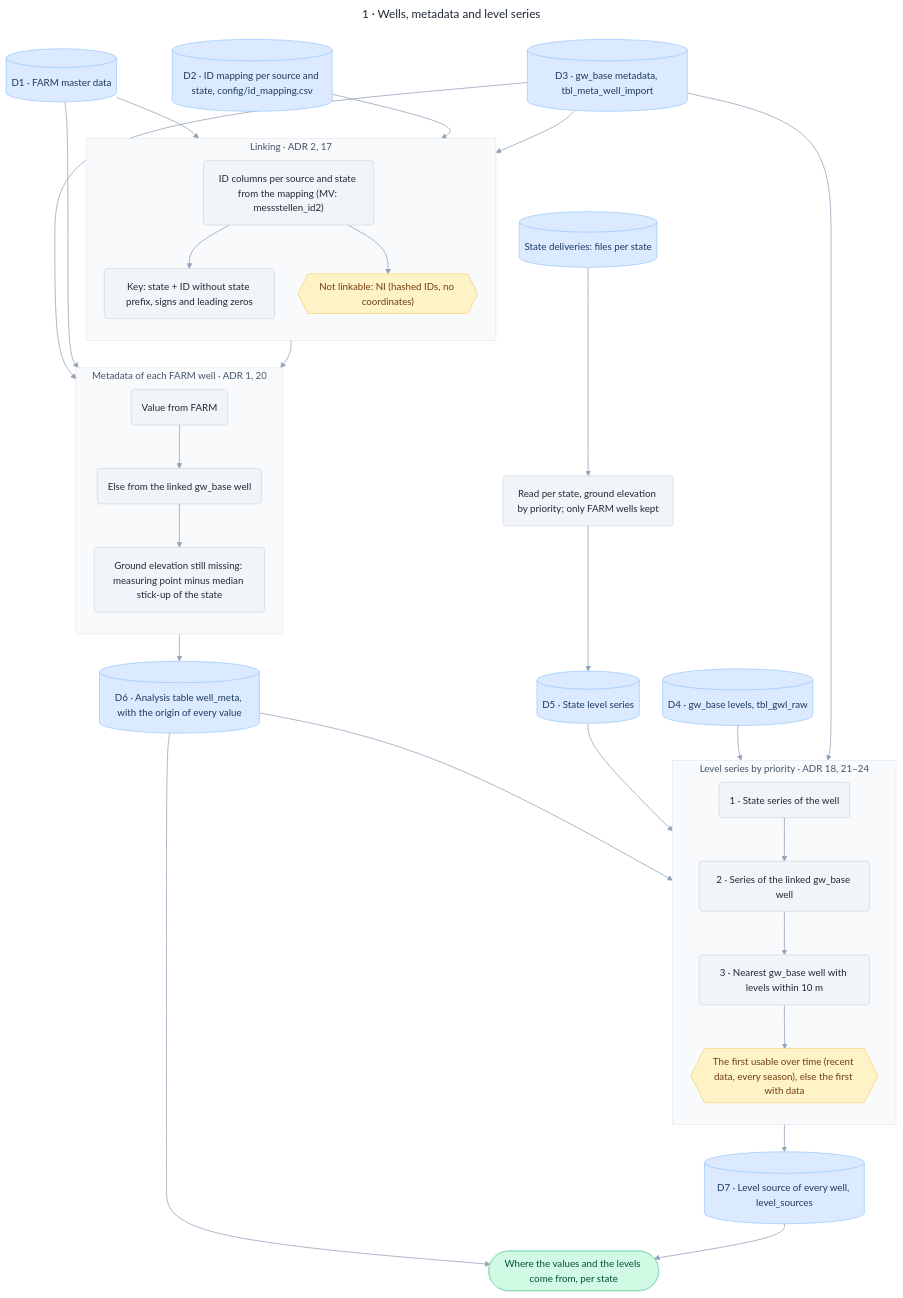
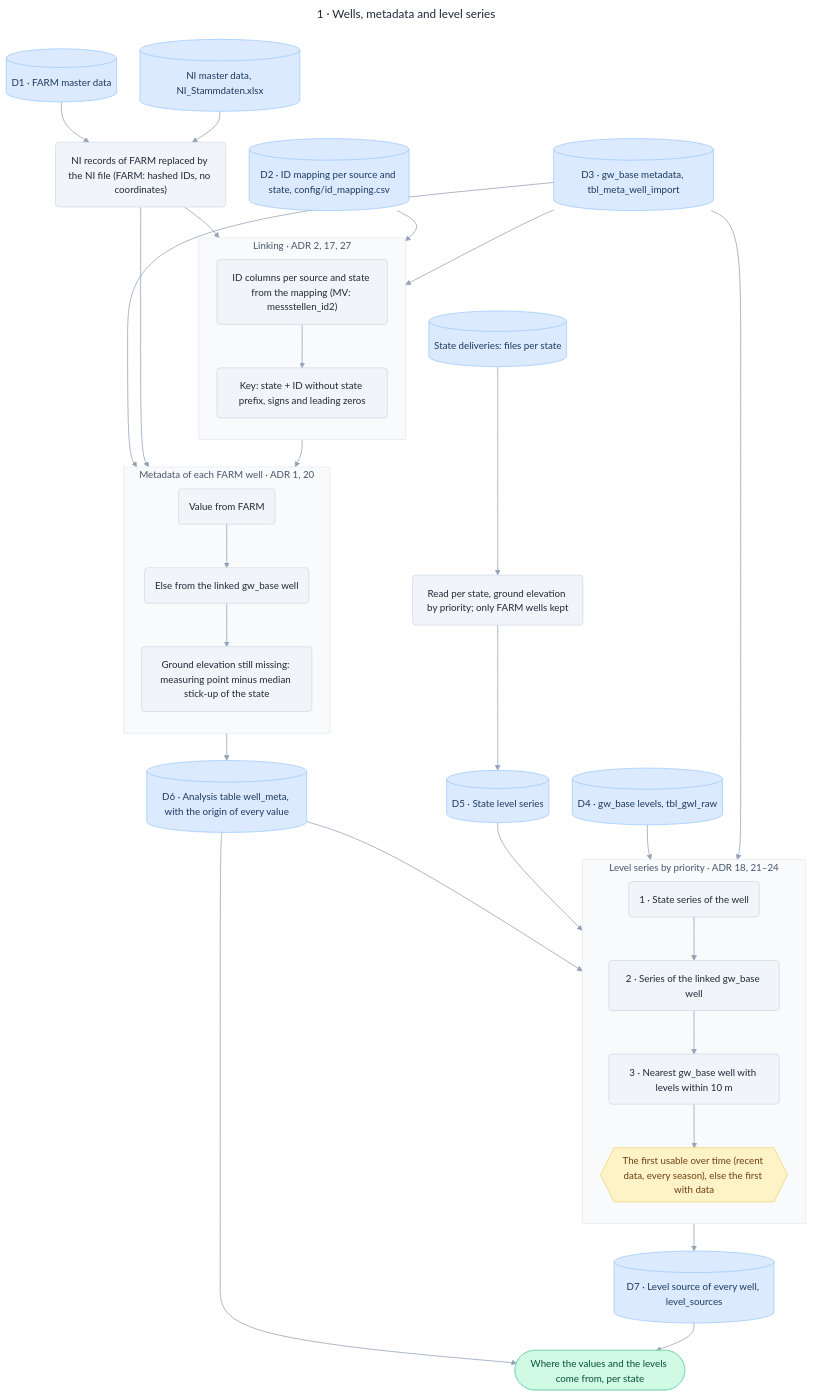
Before and after one commit to MxNl/groundwater_obswells: the diagram in docs/diagrams/wells_and_levels.mmd, drawn with Mermaid. The commit also changed 13 other files, not shown here.

Commit message:
NI: FARM records replaced by the NI master data

```diff
--- a/docs/diagrams/wells_and_levels.mmd
+++ b/docs/diagrams/wells_and_levels.mmd
@@ -1,79 +1,81 @@
 ---
 title: "1 · Wells, metadata and level series"
 config:
   theme: base
   themeVariables:
     fontFamily: Noto Sans Display
     fontSize: 15px
     primaryTextColor: "#1f2937"
     lineColor: "#94a3b8"
     clusterBkg: "#f8fafc"
     clusterBorder: "#e2e8f0"
     titleColor: "#475569"
   flowchart:
     wrappingWidth: 230
     padding: 16
     nodeSpacing: 36
     rankSpacing: 42
     curve: basis
 ---
 flowchart TB
   classDef data fill:#dbeafe,stroke:#93c5fd,stroke-width:1px,color:#1e3a5f
   classDef step fill:#f1f5f9,stroke:#cbd5e1,stroke-width:1px,color:#1f2937
   classDef rule fill:#fef3c7,stroke:#f2cf6b,stroke-width:1px,color:#713f12
   classDef out fill:#d1fae5,stroke:#86d9b9,stroke-width:1px,color:#064e3b
 
   farm[("D1 · FARM master data")]:::data
+  ni[("NI master data, NI_Stammdaten.xlsx")]:::data
+  rep("NI records of FARM replaced by the NI file (FARM: hashed IDs, no coordinates)"):::step
   map[("D2 · ID mapping per source and state, config/id_mapping.csv")]:::data
   gwmeta[("D3 · gw_base metadata, tbl_meta_well_import")]:::data
   gwl[("D4 · gw_base levels, tbl_gwl_raw")]:::data
   dl[("State deliveries: files per state")]:::data
   stb("Read per state, ground elevation by priority; only FARM wells kept"):::step
   st[("D5 · State level series")]:::data
   dl --> stb --> st
 
-  subgraph link ["Linking · ADR 2, 17"]
+  subgraph link ["Linking · ADR 2, 17, 27"]
     direction TB
     key("Key: state + ID without state prefix, signs and leading zeros"):::step
     cols("ID columns per source and state from the mapping (MV: messstellen_id2)"):::step
-    none{{"Not linkable: NI (hashed IDs, no coordinates)"}}:::rule
     cols --> key
-    cols --> none
   end
 
   subgraph fill ["Metadata of each FARM well · ADR 1, 20"]
     direction TB
     farmv("Value from FARM"):::step
     gwv("Else from the linked gw_base well"):::step
     mp("Ground elevation still missing: measuring point minus median stick-up of the state"):::step
     farmv --> gwv --> mp
   end
   meta[("D6 · Analysis table well_meta, with the origin of every value")]:::data
 
   subgraph lev ["Level series by priority · ADR 18, 21–24"]
     direction TB
     p1("1 · State series of the well"):::step
     p2("2 · Series of the linked gw_base well"):::step
     p3("3 · Nearest gw_base well with levels within 10 m"):::step
     has{{"The first usable over time (recent data, every season), else the first with data"}}:::rule
     p1 --> p2 --> p3 --> has
   end
   srcs[("D7 · Level source of every well, level_sources")]:::data
   o1(["Where the values and the levels come from, per state"]):::out
 
-  farm --> cols
+  farm --> rep
+  ni --> rep
+  rep --> cols
   map --> cols
   gwmeta --> key
   key --> farmv
   gwmeta --> gwv
-  farm --> farmv
+  rep --> farmv
   mp --> meta
   meta --> p1
   st --> p1
   gwl --> p2
   gwmeta --> p3
   has --> srcs
   meta --> o1
   srcs --> o1
 
   linkStyle default stroke-width:1.2px
```
